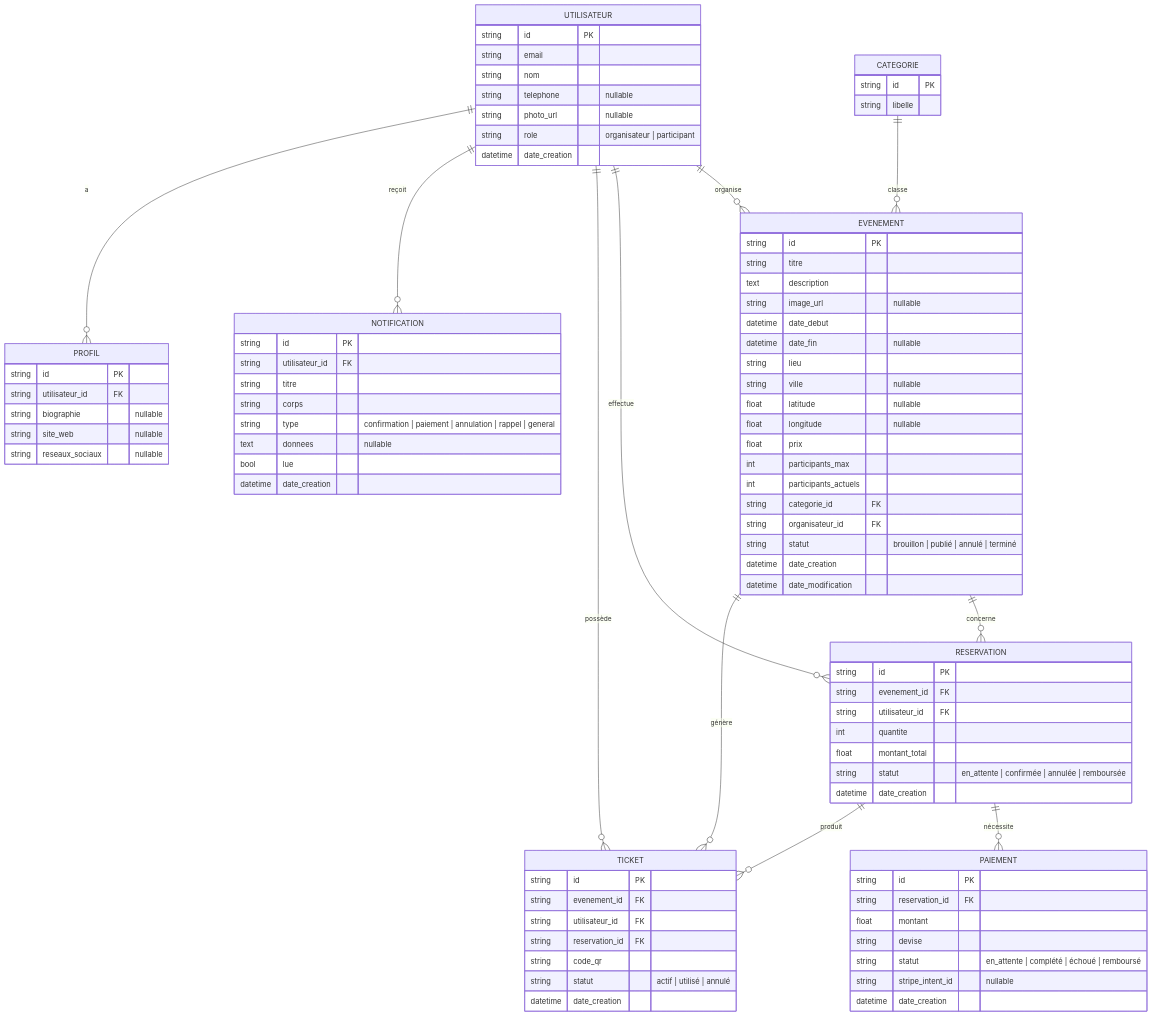
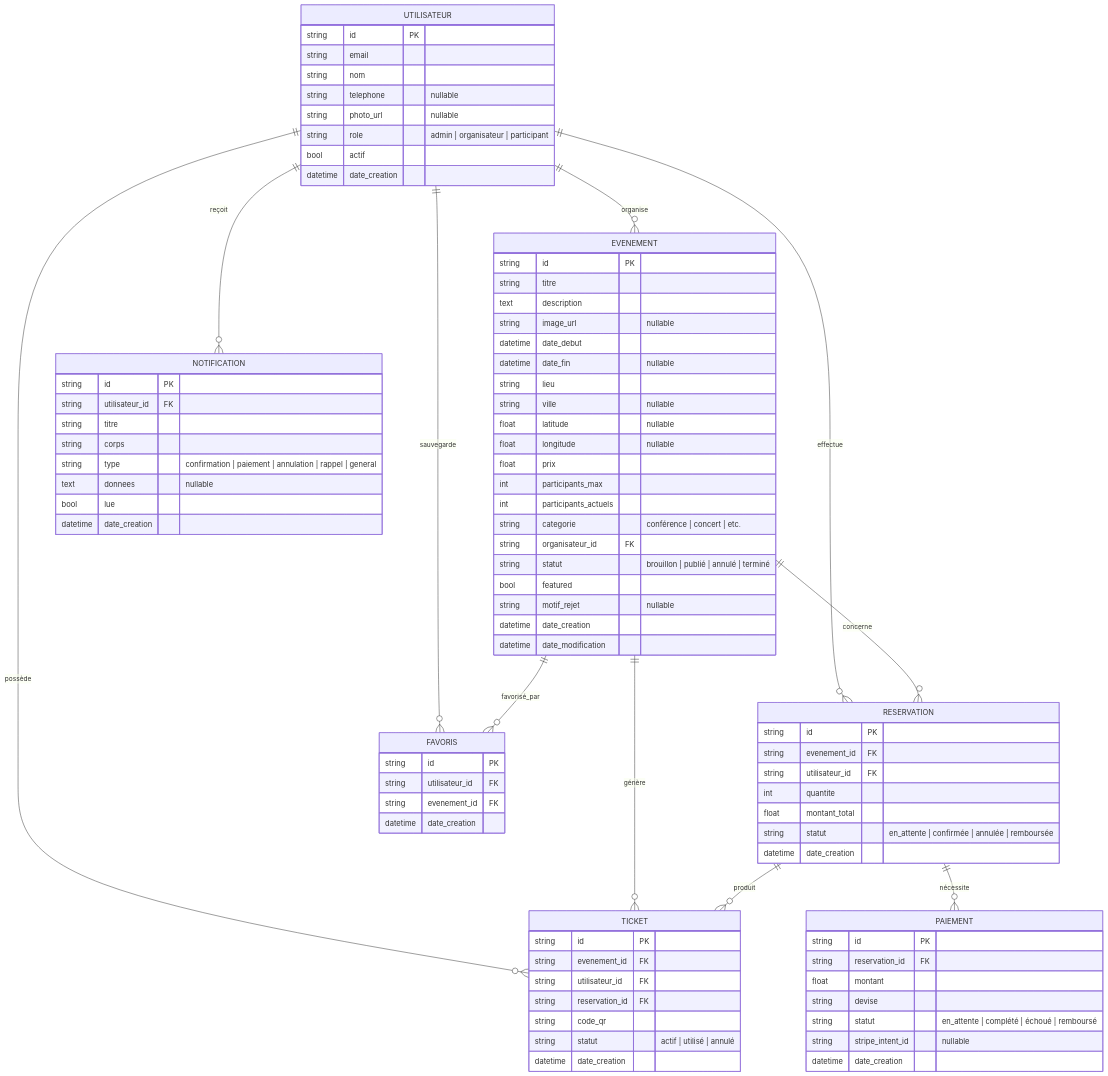
One commit to 24231-Brahim/pi-eventhub changed the fifth of 13 diagrams in FICHE_EXTRACTION_EVENTHUB.md. Above: the diagram before and after it, drawn with Mermaid. The commit also changed other lines of this file and 13 other files, not shown here.

````diff
--- a/FICHE_EXTRACTION_EVENTHUB.md
+++ b/FICHE_EXTRACTION_EVENTHUB.md
@@ -541,10 +589,10 @@
     UTILISATEUR ||--o{ RESERVATION : "effectue"
     UTILISATEUR ||--o{ TICKET : "possède"
     UTILISATEUR ||--o{ NOTIFICATION : "reçoit"
-    UTILISATEUR ||--o{ PROFIL : "a"
-    CATEGORIE ||--o{ EVENEMENT : "classe"
+    UTILISATEUR ||--o{ FAVORIS : "sauvegarde"
     EVENEMENT ||--o{ RESERVATION : "concerne"
     EVENEMENT ||--o{ TICKET : "génère"
+    EVENEMENT ||--o{ FAVORIS : "favorisé_par"
     RESERVATION ||--o{ PAIEMENT : "nécessite"
     RESERVATION ||--o{ TICKET : "produit"
 
@@ -554,13 +602,9 @@
         string nom
         string telephone "nullable"
         string photo_url "nullable"
-        string role "organisateur | participant"
+        string role "admin | organisateur | participant"
+        bool actif
         datetime date_creation
-    }
-
-    CATEGORIE {
-        string id PK
-        string libelle
     }
 
     EVENEMENT {
@@ -577,9 +621,11 @@
         float prix
         int participants_max
         int participants_actuels
-        string categorie_id FK
+        string categorie "conférence | concert | etc."
         string organisateur_id FK
         string statut "brouillon | publié | annulé | terminé"
+        bool featured
+        string motif_rejet "nullable"
         datetime date_creation
         datetime date_modification
     }
@@ -625,11 +671,10 @@
         datetime date_creation
     }
 
-    PROFIL {
+    FAVORIS {
         string id PK
         string utilisateur_id FK
-        string biographie "nullable"
-        string site_web "nullable"
-        string reseaux_sociaux "nullable"
+        string evenement_id FK
+        datetime date_creation
     }
 ```
````
